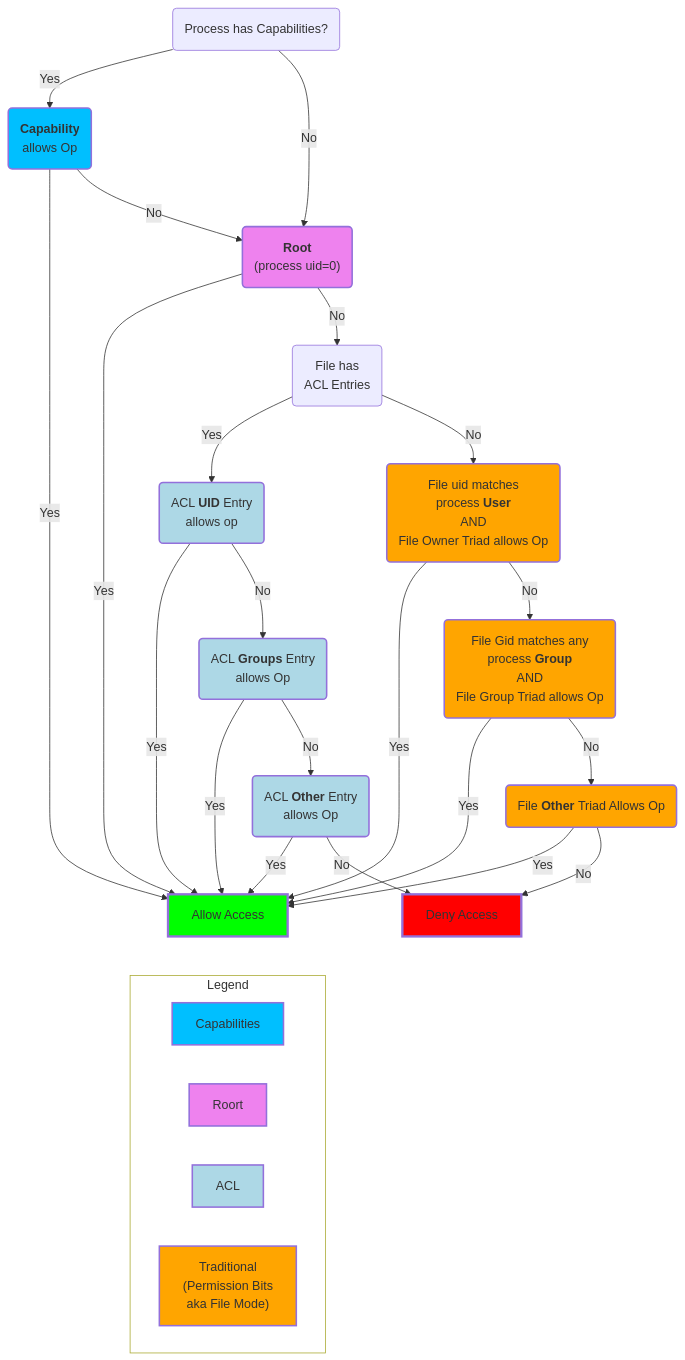
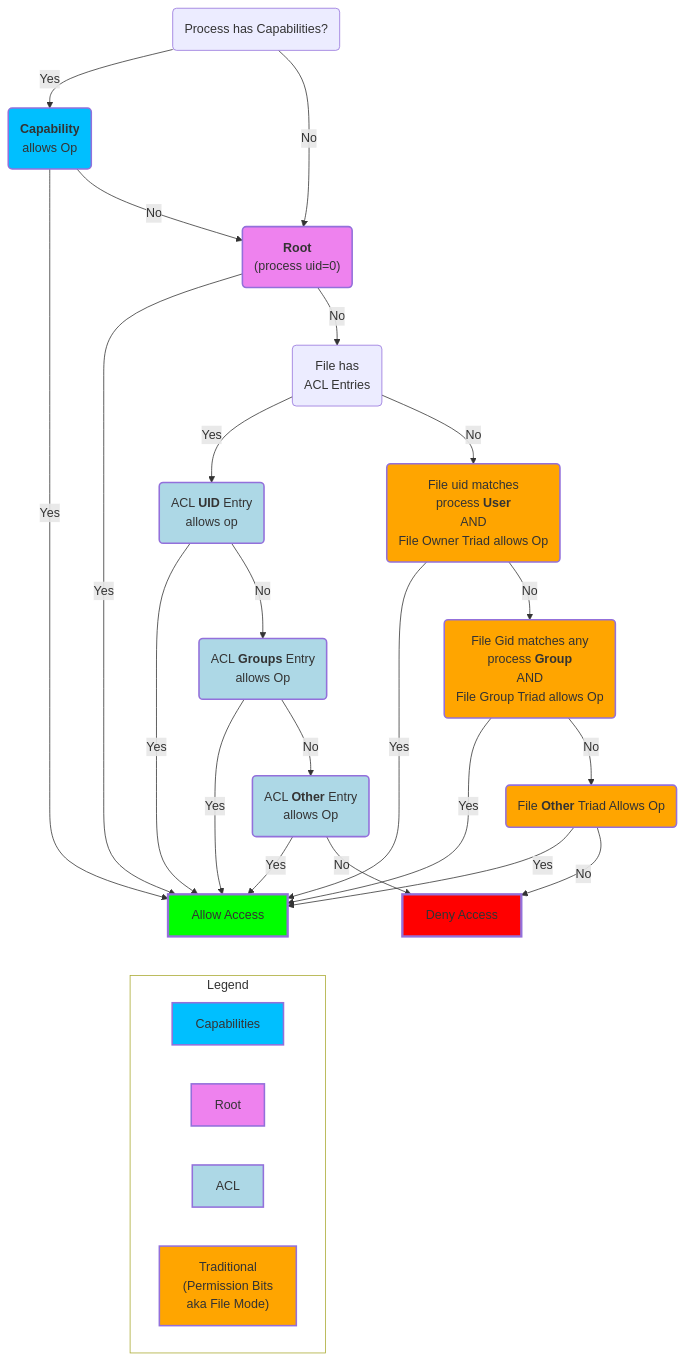
The diagram in os/linux/permissions/permission_checks.md (dec1/practical_devops), drawn with Mermaid before and after one commit.

Commit message:
fix: spelling

````diff
--- a/os/linux/permissions/permission_checks.md
+++ b/os/linux/permissions/permission_checks.md
@@ -6,63 +6,63 @@
 ```mermaid
 flowchart TD
     B(Process has Capabilities?)
 
     C(<b>Capability</b>
     allows Op):::class_cap
 
     B -->|Yes| C
     
     B -->|No|D("<b>Root</b>   <br> (process uid=0)"):::class_root
     
     C -->|Yes| Allow[Allow Access]
     C -->|No| D
     
     D -->|Yes| Allow
     D -->|No| F(File has 
     ACL Entries)
     
     G(ACL <b>UID</b> Entry  <br> allows op):::class_acl
 
     F -->|Yes| G
     F -->|No| K(File uid matches <br> process <b>User</b> <br> AND <br> File Owner Triad allows Op):::class_trad
     
     
     G -->|Yes| Allow
     G -->|No| H(ACL <b>Groups</b> Entry <br> allows Op):::class_acl
     
     H -->|Yes| Allow
     H -->|No| I(ACL <b>Other</b> Entry <br> allows Op):::class_acl
     
     I -->|Yes| Allow
     I -->|No| Deny[Deny Access]
     
     K -->|Yes| Allow
     K -->|No| L(File Gid matches any <br> process <b>Group</b>  <br> AND <br> File Group Triad  allows Op):::class_trad
     
     L -->|Yes| Allow
     L -->|No| M(File <b> Other </b> Triad Allows Op):::class_trad
     
     M -->|Yes| Allow:::class_allow
     M -->|No| Deny:::class_deny
 
     subgraph Legend
         Legend_Cap["Capabilities"]:::class_cap
-        Legend_Root["Roort"]:::class_root
+        Legend_Root["Root"]:::class_root
         Legend_ACL["ACL"]:::class_acl
         Legend_Trad["Traditional <br> (Permission Bits <br> aka File Mode)"]:::class_trad
         
         
     end
 
     Allow ~~~ Legend
     style Legend fill:none
     %%style J fill:#FFB6C1
     classDef class_cap fill:deepskyblue,stroke-width:2px;
     classDef class_acl fill:lightblue,stroke-width:2px;
     classDef class_trad fill:orange,stroke-width:2px;
     classDef class_root fill:violet,stroke-width:2px;
 
     classDef class_allow fill:lime,stroke-width:3px;
     classDef class_deny fill:red,stroke-width:3px;
     
 ```
````
